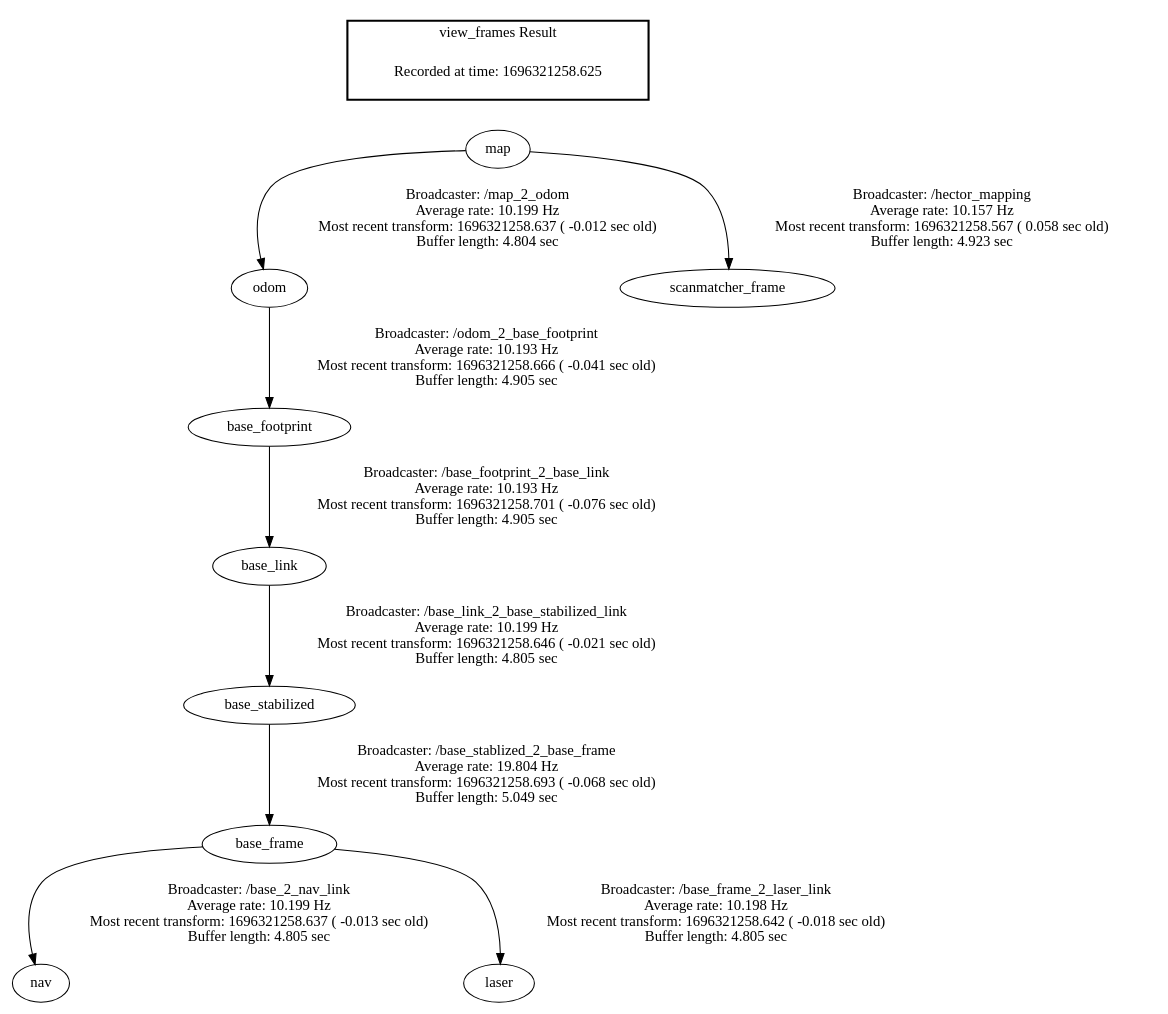
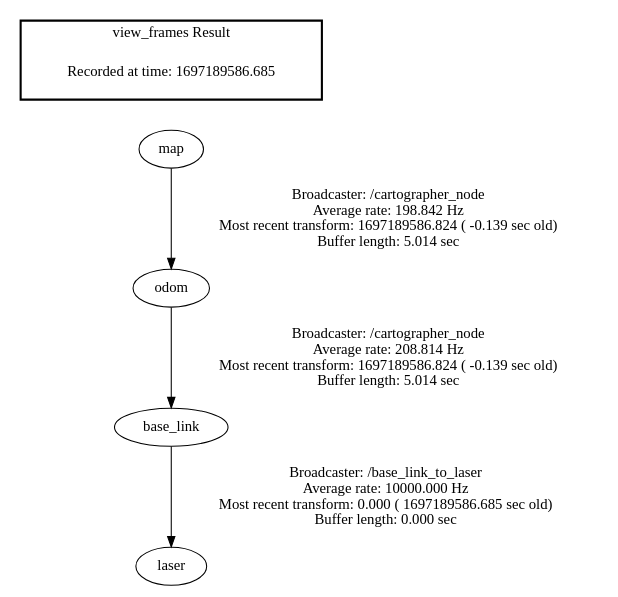
One commit to meijinn/catkin_ws changed the diagram in src/frames.gv. Above: the diagram before and after it, drawn with Graphviz. The commit also changed 17 other files, not shown here.

```diff
--- a/src/frames.gv
+++ b/src/frames.gv
@@ -1,14 +1,9 @@
 digraph G {
-"odom" -> "base_footprint"[label="Broadcaster: /odom_2_base_footprint\nAverage rate: 10.193 Hz\nMost recent transform: 1696321258.666 ( -0.041 sec old)\nBuffer length: 4.905 sec\n"];
-"map" -> "odom"[label="Broadcaster: /map_2_odom\nAverage rate: 10.199 Hz\nMost recent transform: 1696321258.637 ( -0.012 sec old)\nBuffer length: 4.804 sec\n"];
-"base_stabilized" -> "base_frame"[label="Broadcaster: /base_stablized_2_base_frame\nAverage rate: 19.804 Hz\nMost recent transform: 1696321258.693 ( -0.068 sec old)\nBuffer length: 5.049 sec\n"];
-"map" -> "scanmatcher_frame"[label="Broadcaster: /hector_mapping\nAverage rate: 10.157 Hz\nMost recent transform: 1696321258.567 ( 0.058 sec old)\nBuffer length: 4.923 sec\n"];
-"base_link" -> "base_stabilized"[label="Broadcaster: /base_link_2_base_stabilized_link\nAverage rate: 10.199 Hz\nMost recent transform: 1696321258.646 ( -0.021 sec old)\nBuffer length: 4.805 sec\n"];
-"base_footprint" -> "base_link"[label="Broadcaster: /base_footprint_2_base_link\nAverage rate: 10.193 Hz\nMost recent transform: 1696321258.701 ( -0.076 sec old)\nBuffer length: 4.905 sec\n"];
-"base_frame" -> "nav"[label="Broadcaster: /base_2_nav_link\nAverage rate: 10.199 Hz\nMost recent transform: 1696321258.637 ( -0.013 sec old)\nBuffer length: 4.805 sec\n"];
-"base_frame" -> "laser"[label="Broadcaster: /base_frame_2_laser_link\nAverage rate: 10.198 Hz\nMost recent transform: 1696321258.642 ( -0.018 sec old)\nBuffer length: 4.805 sec\n"];
+"base_link" -> "laser"[label="Broadcaster: /base_link_to_laser\nAverage rate: 10000.000 Hz\nMost recent transform: 0.000 ( 1697189586.685 sec old)\nBuffer length: 0.000 sec\n"];
+"odom" -> "base_link"[label="Broadcaster: /cartographer_node\nAverage rate: 208.814 Hz\nMost recent transform: 1697189586.824 ( -0.139 sec old)\nBuffer length: 5.014 sec\n"];
+"map" -> "odom"[label="Broadcaster: /cartographer_node\nAverage rate: 198.842 Hz\nMost recent transform: 1697189586.824 ( -0.139 sec old)\nBuffer length: 5.014 sec\n"];
 edge [style=invis];
  subgraph cluster_legend { style=bold; color=black; label ="view_frames Result";
-"Recorded at time: 1696321258.625"[ shape=plaintext ] ;
+"Recorded at time: 1697189586.685"[ shape=plaintext ] ;
  }->"map";
 }
```
